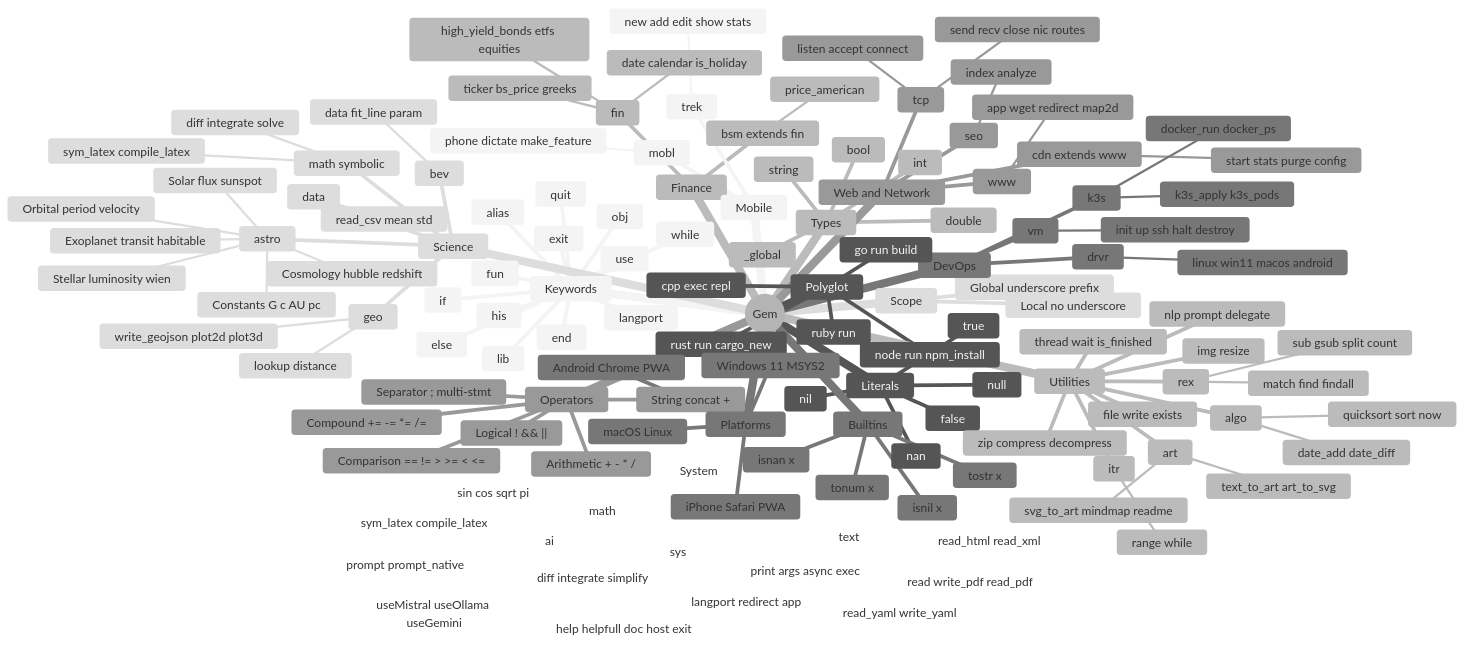
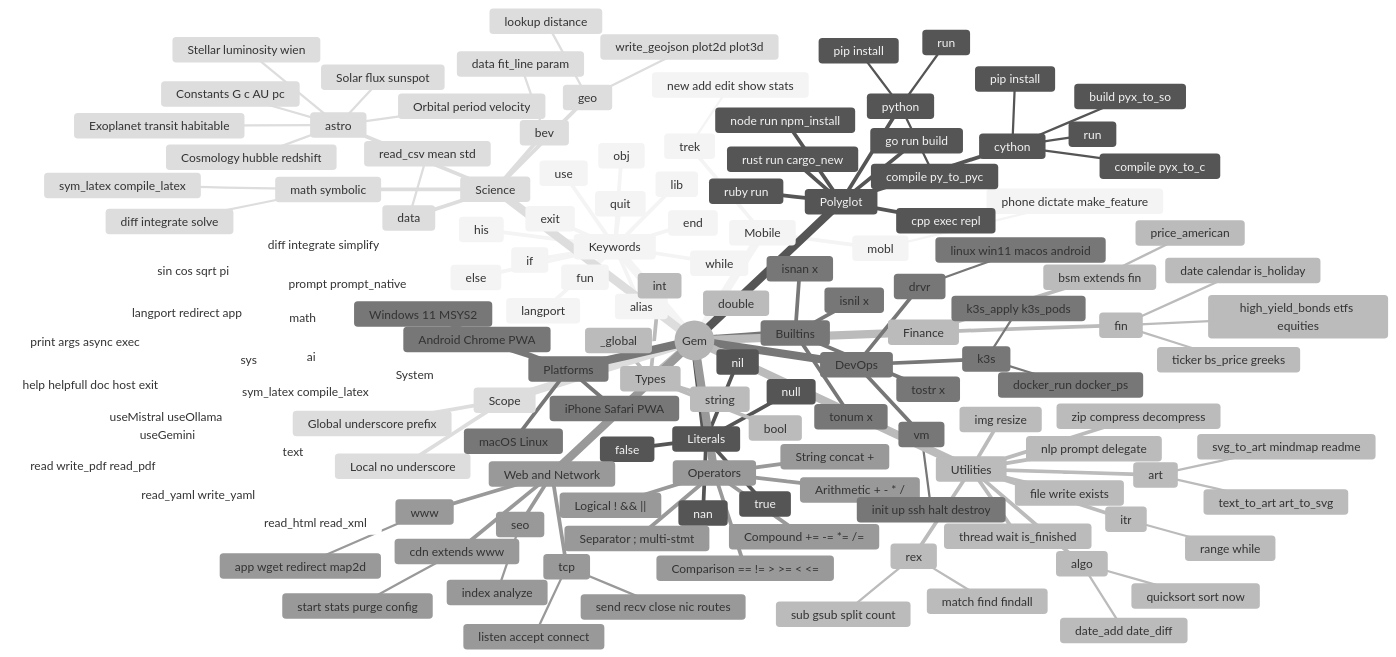
Before and after one commit to honsys/aiapr2026: the first of 2 diagrams in gem26/docs/gem_mindmap.md, drawn with Mermaid (neutral theme). The commit also changed other lines of this file and 14 other files, not shown here.

```diff
--- a/gem26/docs/gem_mindmap.md
+++ b/gem26/docs/gem_mindmap.md
@@ -111,6 +111,15 @@
       trek
         new add edit show stats
     Polyglot
+      python
+        run
+        compile py_to_pyc
+        pip install
+      cython
+        compile pyx_to_c
+        build pyx_to_so
+        run
+        pip install
       go run build
       ruby run
       node run npm_install
```
